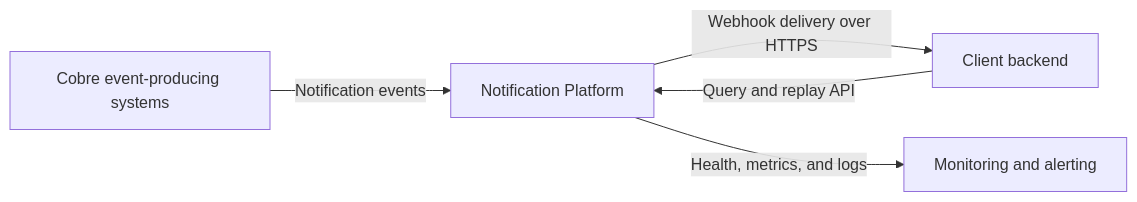
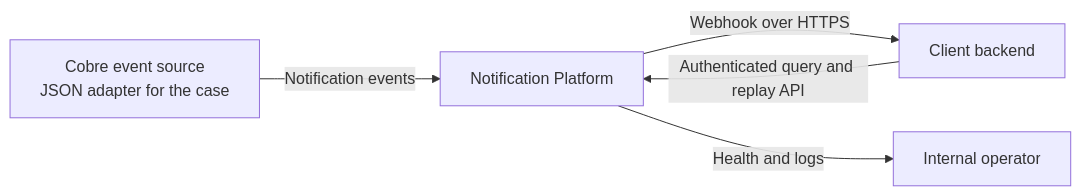
One commit to agnunezv/cobre-notifications-case changed the first of 3 diagrams in docs/architecture-baseline.md. Above: the diagram before and after it, drawn with Mermaid. The commit also changed other lines of this file and 1 other file, not shown here.

First line of the commit message:
docs: align architecture with the implemented platform

````diff
--- a/docs/architecture-baseline.md
+++ b/docs/architecture-baseline.md
@@ -38,12 +26,12 @@
 ```mermaid
 flowchart LR
-    producers["Cobre event-producing systems"]
+    source["Cobre event source<br/>JSON adapter for the case"]
     platform["Notification Platform"]
     client["Client backend"]
-    monitoring["Monitoring and alerting"]
+    operator["Internal operator"]
 
-    producers -->|Notification events| platform
-    client -->|Query and replay API| platform
-    platform -->|Webhook delivery over HTTPS| client
-    platform -->|Health, metrics, and logs| monitoring
+    source -->|Notification events| platform
+    client -->|Authenticated query and replay API| platform
+    platform -->|Webhook over HTTPS| client
+    platform -->|Health and logs| operator
 ```
````
